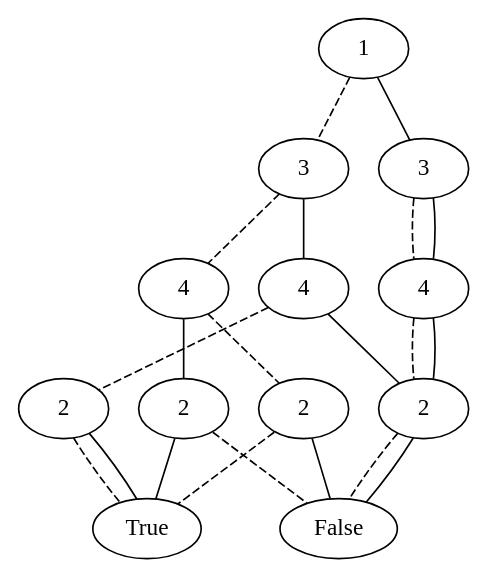
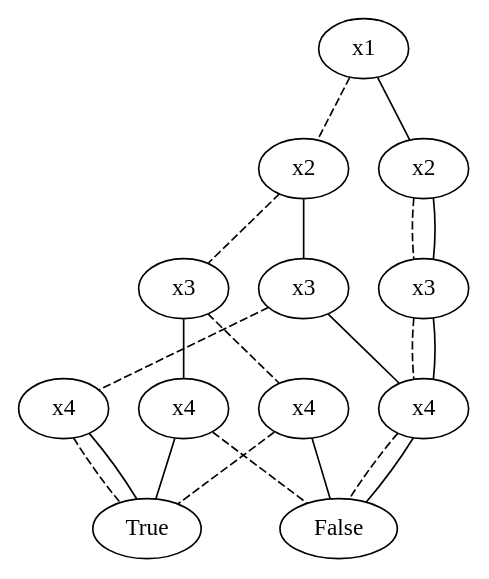
The diagram in graph_image/compressed_tree_2.gv (khiem2105/ROBDD), drawn with Graphviz before and after one commit. The commit also changed 32 other files, not shown here.

```diff
--- a/graph_image/compressed_tree_2.gv
+++ b/graph_image/compressed_tree_2.gv
@@ -1,34 +1,34 @@
 graph compressed_tree_2 {
-	140569657100608 [label=1]
-	140569657130384 [label=3]
-	140569657100608 -- 140569657130384 [style=dashed]
-	140569657129472 [label=4]
-	140569657130384 -- 140569657129472 [style=dashed]
-	140569657127216 [label=2]
-	140569657129472 -- 140569657127216 [style=dashed]
-	140569657128032 [label=True]
-	140569657127216 -- 140569657128032 [style=dashed]
-	140569657128800 [label=False]
-	140569657127216 -- 140569657128800
-	140569657101904 [label=2]
-	140569657129472 -- 140569657101904
-	140569657101904 -- 140569657128800 [style=dashed]
-	140569657101904 -- 140569657128032
-	140569657101856 [label=4]
-	140569657130384 -- 140569657101856
-	140569656754336 [label=2]
-	140569657101856 -- 140569656754336 [style=dashed]
-	140569656754336 -- 140569657128032 [style=dashed]
-	140569656754336 -- 140569657128032
-	140569656754768 [label=2]
-	140569657101856 -- 140569656754768
-	140569656754768 -- 140569657128800 [style=dashed]
-	140569656754768 -- 140569657128800
-	140569656754240 [label=3]
-	140569657100608 -- 140569656754240
-	140569656755296 [label=4]
-	140569656754240 -- 140569656755296 [style=dashed]
-	140569656755296 -- 140569656754768 [style=dashed]
-	140569656755296 -- 140569656754768
-	140569656754240 -- 140569656755296
+	140331402836096 [label=x1]
+	140331402460032 [label=x2]
+	140331402836096 -- 140331402460032 [style=dashed]
+	140331402460320 [label=x3]
+	140331402460032 -- 140331402460320 [style=dashed]
+	140331402460464 [label=x4]
+	140331402460320 -- 140331402460464 [style=dashed]
+	140331402460608 [label=True]
+	140331402460464 -- 140331402460608 [style=dashed]
+	140331402460992 [label=False]
+	140331402460464 -- 140331402460992
+	140331402460512 [label=x4]
+	140331402460320 -- 140331402460512
+	140331402460512 -- 140331402460992 [style=dashed]
+	140331402460512 -- 140331402460608
+	140331402461088 [label=x3]
+	140331402460032 -- 140331402461088
+	140331978633424 [label=x4]
+	140331402461088 -- 140331978633424 [style=dashed]
+	140331978633424 -- 140331402460608 [style=dashed]
+	140331978633424 -- 140331402460608
+	140331402834992 [label=x4]
+	140331402461088 -- 140331402834992
+	140331402834992 -- 140331402460992 [style=dashed]
+	140331402834992 -- 140331402460992
+	140331402512464 [label=x2]
+	140331402836096 -- 140331402512464
+	140331402837488 [label=x3]
+	140331402512464 -- 140331402837488 [style=dashed]
+	140331402837488 -- 140331402834992 [style=dashed]
+	140331402837488 -- 140331402834992
+	140331402512464 -- 140331402837488
 }
```
